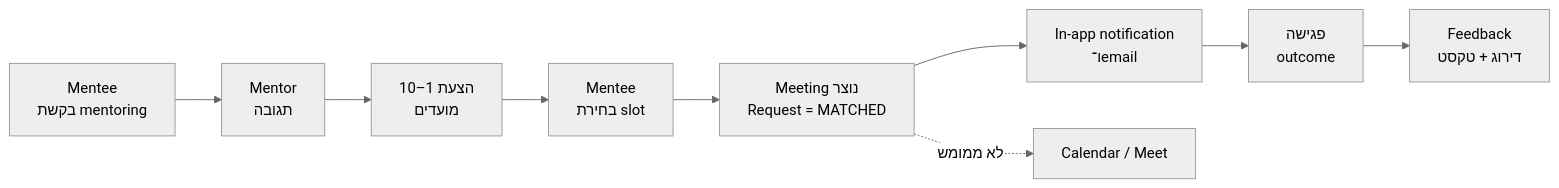
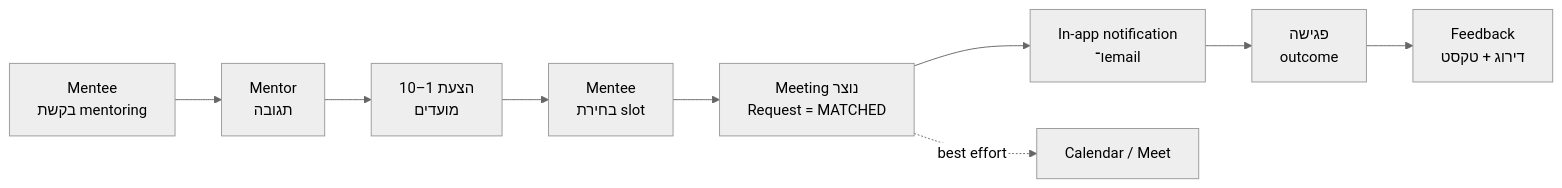
Before and after one commit to SimchaBarShalom/QueenB-template-2025: the diagram in docs/diagrams/meeting-workflow.mmd, drawn with Mermaid (neutral theme). The commit also changed other lines of this file and 11 other files, not shown here.

```diff
--- a/docs/diagrams/meeting-workflow.mmd
+++ b/docs/diagrams/meeting-workflow.mmd
@@ -1,10 +1,10 @@
 %% Queens Match — current repository evidence
 flowchart LR
   A["Mentee<br/>בקשת mentoring"] --> B["Mentor<br/>תגובה"]
   B --> C["הצעת 1–10<br/>מועדים"]
   C --> D["Mentee<br/>בחירת slot"]
   D --> E["Meeting נוצר<br/>Request = MATCHED"]
   E --> F["In-app notification<br/>ו־email"]
   F --> H["פגישה<br/>outcome"]
   H --> I["Feedback<br/>דירוג + טקסט"]
-  E -. "לא ממומש" .-> G["Calendar / Meet"]
+  E -. "best effort" .-> G["Calendar / Meet"]
```
